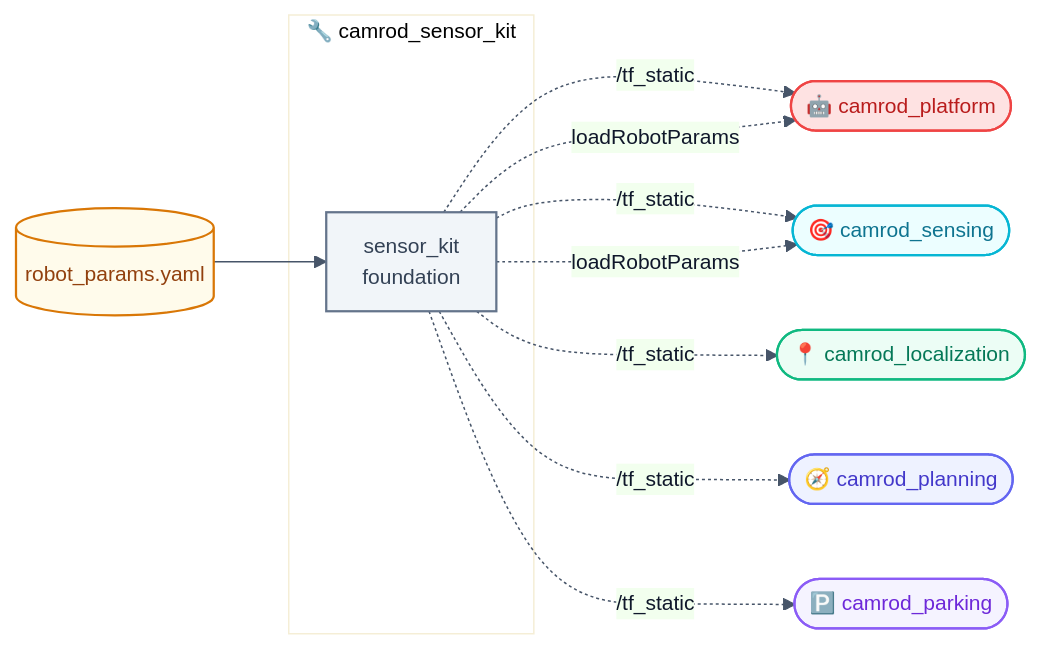
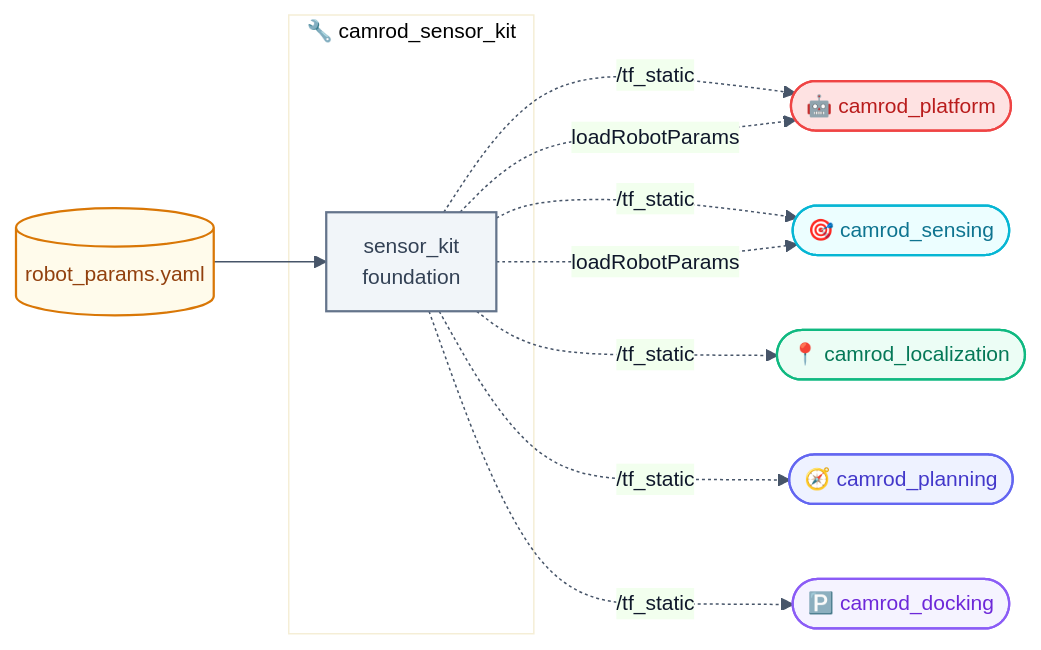
The first of 4 diagrams in camrod_sensor_kit/README.md (hwanhonglee/CAMROD), drawn with Mermaid before and after one commit. The commit also changed other lines of this file and 12 other files, not shown here.

First line of the commit message:
docs(HH_260528): rename camrod_parking → camrod_docking across all READMEs

````diff
--- a/camrod_sensor_kit/README.md
+++ b/camrod_sensor_kit/README.md
@@ -47,25 +47,25 @@
 ```mermaid
 %%{init: {'theme': 'base', 'themeVariables': {'fontFamily': 'ui-sans-serif, system-ui, sans-serif', 'fontSize': '14px', 'primaryColor': '#EEF2FF', 'primaryTextColor': '#0F172A', 'primaryBorderColor': '#6366F1', 'lineColor': '#475569'}, 'flowchart': {'curve': 'basis', 'htmlLabels': true, 'padding': 12}}}%%
 graph LR
   YAML[(robot_params.yaml)]:::config --> SKIT
 
   subgraph SKIT_BOX["🔧 camrod_sensor_kit"]
     SKIT[sensor_kit\nfoundation]:::system
   end
 
   SKIT -.->|/tf_static| PLAT([🤖 camrod_platform]):::platform
   SKIT -.->|/tf_static| SENS([🎯 camrod_sensing]):::sensing
   SKIT -.->|/tf_static| LOC([📍 camrod_localization]):::localization
   SKIT -.->|/tf_static| PLAN([🧭 camrod_planning]):::planning
-  SKIT -.->|/tf_static| PARK([🅿️ camrod_parking]):::parking
+  SKIT -.->|/tf_static| PARK([🅿️ camrod_docking]):::docking
   SKIT -.->|loadRobotParams| PLAT
   SKIT -.->|loadRobotParams| SENS
 
   classDef sensing      fill:#ECFEFF,stroke:#06B6D4,stroke-width:1.5px,color:#0E7490;
   classDef localization fill:#ECFDF5,stroke:#10B981,stroke-width:1.5px,color:#047857;
   classDef planning     fill:#EEF2FF,stroke:#6366F1,stroke-width:1.5px,color:#4338CA;
   classDef platform     fill:#FEE2E2,stroke:#EF4444,stroke-width:1.5px,color:#B91C1C;
-  classDef parking      fill:#F5F3FF,stroke:#8B5CF6,stroke-width:1.5px,color:#6D28D9;
+  classDef docking      fill:#F5F3FF,stroke:#8B5CF6,stroke-width:1.5px,color:#6D28D9;
   classDef system       fill:#F1F5F9,stroke:#64748B,stroke-width:1.5px,color:#334155;
   classDef config       fill:#FFFBEB,stroke:#D97706,stroke-width:1.5px,color:#92400E;
 ```
````
